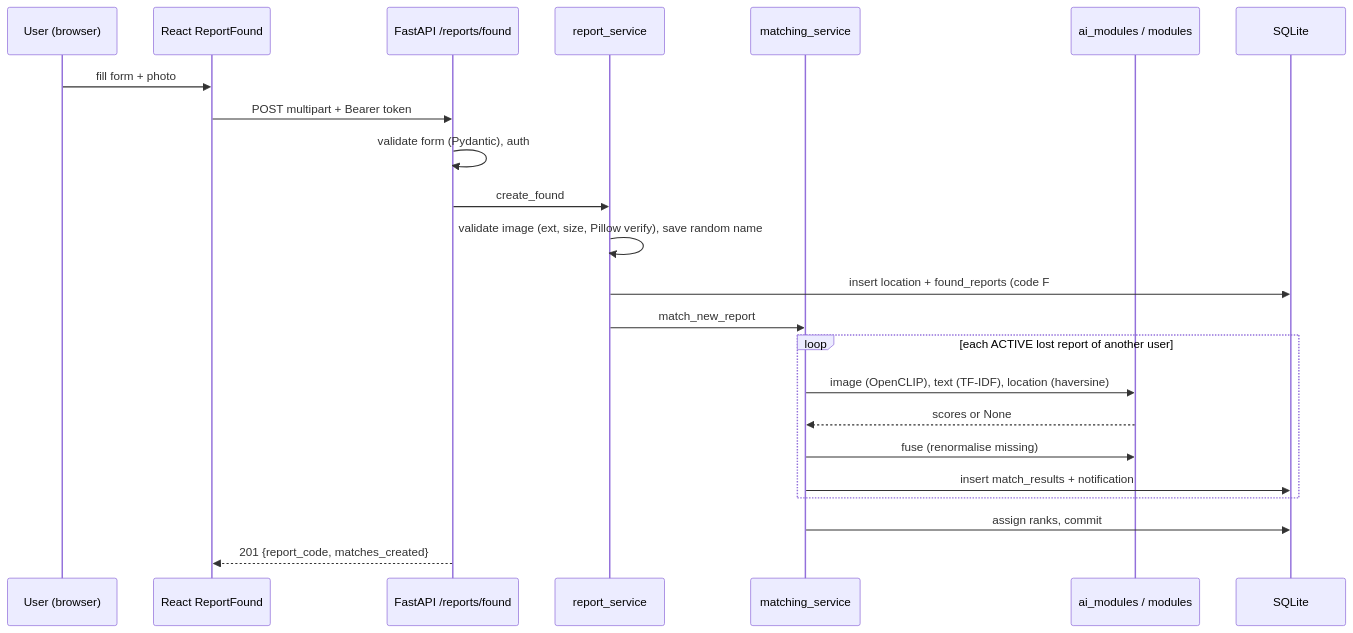
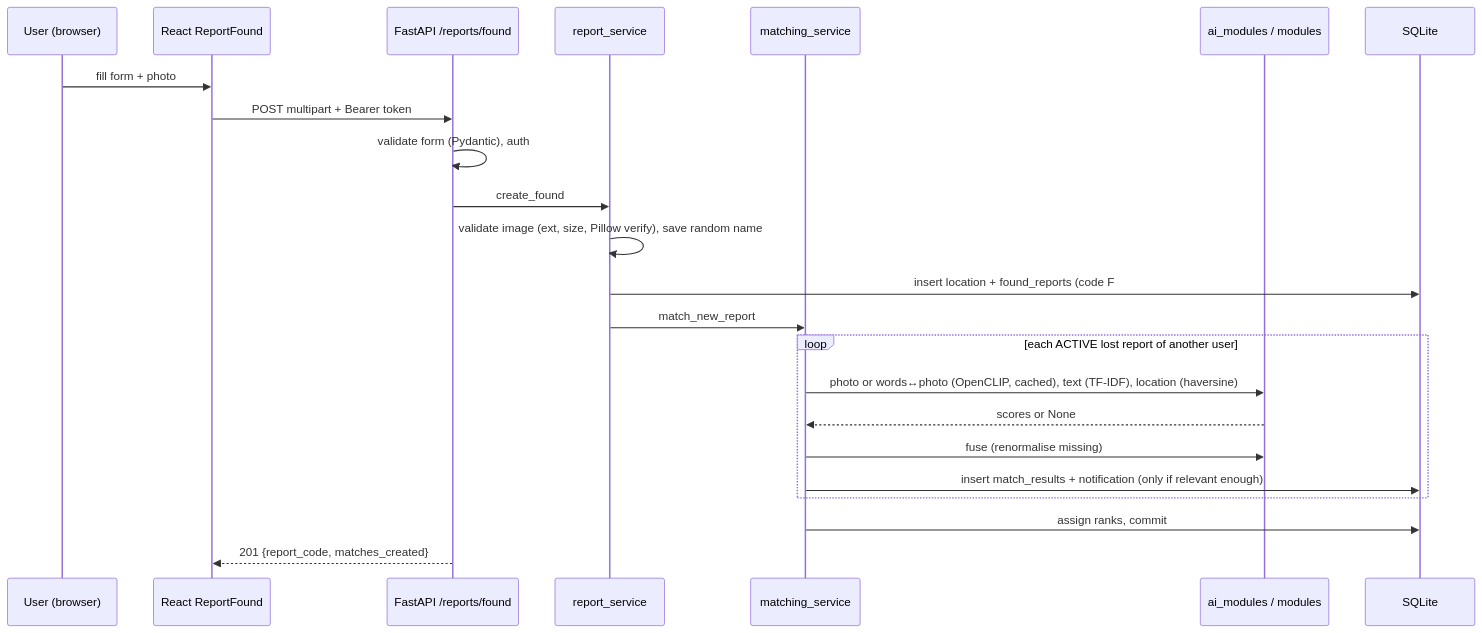
The third of 4 diagrams in docs/ARCHITECTURE.md (AdityaV-ai/Lost_Object), drawn with Mermaid before and after one commit. The commit also changed other lines of this file and 51 other files, not shown here.

First line of the commit message:
Complete the product: words-to-photo matching, claim lifecycle, staff workspace, new UI

````diff
--- a/docs/ARCHITECTURE.md
+++ b/docs/ARCHITECTURE.md
@@ -58,25 +61,25 @@
 ```mermaid
 sequenceDiagram
   participant U as User (browser)
   participant R as React ReportFound
   participant API as FastAPI /reports/found
   participant S as report_service
   participant M as matching_service
   participant X as ai_modules / modules
   participant DB as SQLite
   U->>R: fill form + photo
   R->>API: POST multipart + Bearer token
   API->>API: validate form (Pydantic), auth
   API->>S: create_found
   S->>S: validate image (ext, size, Pillow verify), save random name
   S->>DB: insert location + found_reports (code F###)
   S->>M: match_new_report
   loop each ACTIVE lost report of another user
-    M->>X: image (OpenCLIP), text (TF-IDF), location (haversine)
+    M->>X: photo or words↔photo (OpenCLIP, cached), text (TF-IDF), location (haversine)
     X-->>M: scores or None
     M->>X: fuse (renormalise missing)
-    M->>DB: insert match_results + notification
+    M->>DB: insert match_results + notification (only if relevant enough)
   end
   M->>DB: assign ranks, commit
   API-->>R: 201 {report_code, matches_created}
 ```
````
